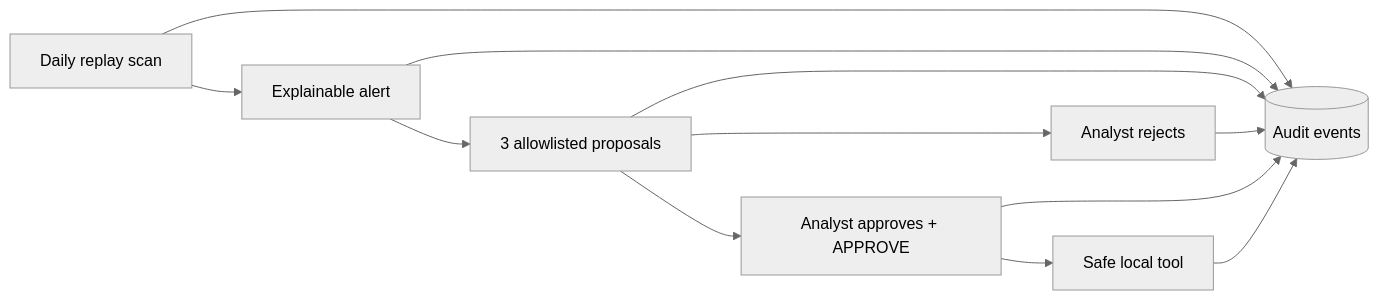
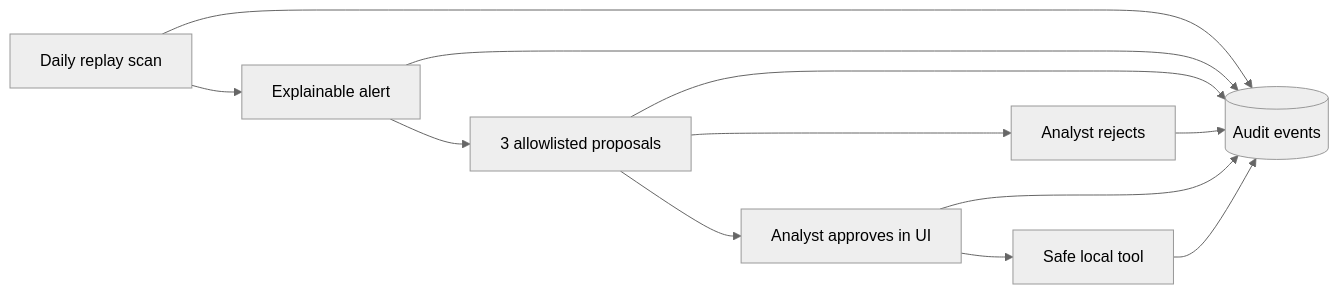
Before and after one commit to BAITC-Hacks/hack-173e8652-synex: the second of 3 diagrams in docs/architecture.md, drawn with Mermaid (neutral theme). The commit also changed other lines of this file and 2 other files, not shown here.

Commit message:
docs: align agentic approval guidance

````diff
--- a/docs/architecture.md
+++ b/docs/architecture.md
@@ -70,14 +70,14 @@
 ```mermaid
 flowchart LR
     SCAN[Daily replay scan] --> ALERT[Explainable alert]
     ALERT --> PROPOSALS[3 allowlisted proposals]
     PROPOSALS --> REJECT[Analyst rejects]
-    PROPOSALS --> APPROVE[Analyst approves + APPROVE]
+    PROPOSALS --> APPROVE[Analyst approves in UI]
     APPROVE --> EXEC[Safe local tool]
     SCAN --> AUDIT[(Audit events)]
     ALERT --> AUDIT
     PROPOSALS --> AUDIT
     REJECT --> AUDIT
     APPROVE --> AUDIT
     EXEC --> AUDIT
 ```
````
